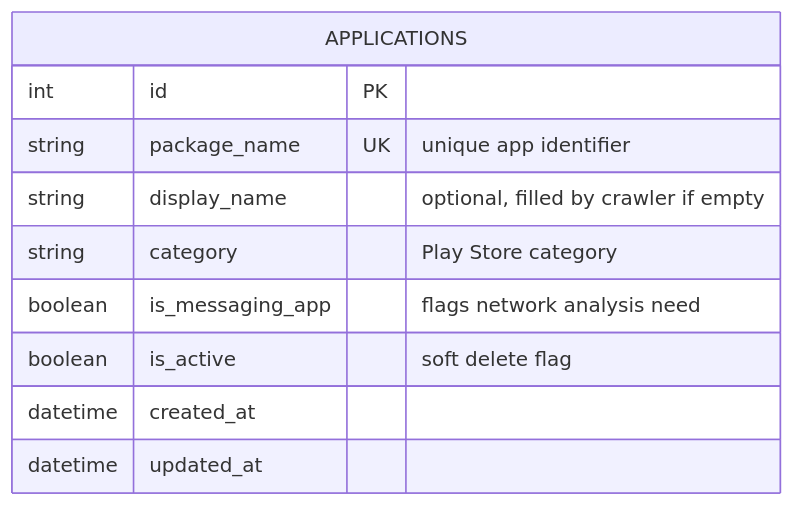
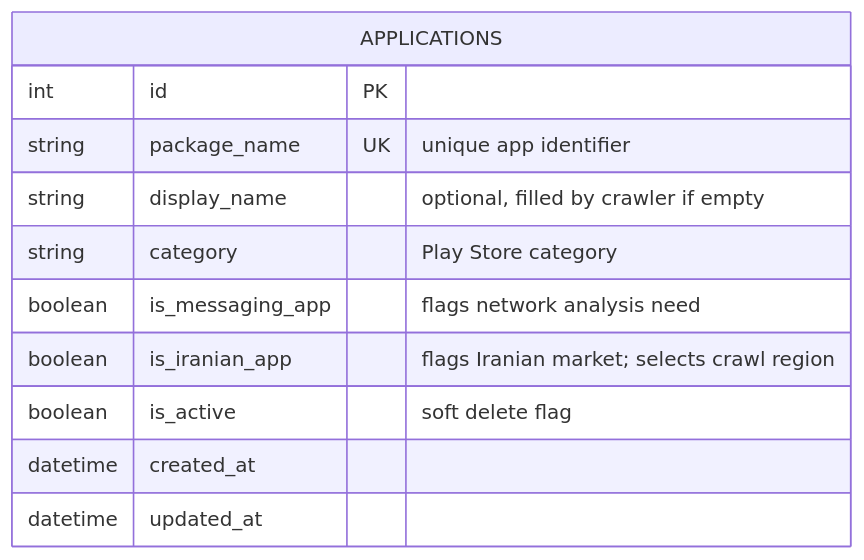
The first of 4 diagrams in docs/raw_md/database_schema.md (PayamDivsalar/PlayPulse), drawn with Mermaid before and after one commit. The commit also changed other lines of this file and 9 other files, not shown here.

First line of the commit message:
feat(app_api): add is_iranian_app flag to Application

````diff
--- a/docs/raw_md/database_schema.md
+++ b/docs/raw_md/database_schema.md
@@ -36,13 +36,14 @@
 ```mermaid
 erDiagram
     APPLICATIONS {
         int id PK
         string package_name UK "unique app identifier"
         string display_name "optional, filled by crawler if empty"
         string category "Play Store category"
         boolean is_messaging_app "flags network analysis need"
+        boolean is_iranian_app "flags Iranian market; selects crawl region"
         boolean is_active "soft delete flag"
         datetime created_at
         datetime updated_at
     }
 ```
````
